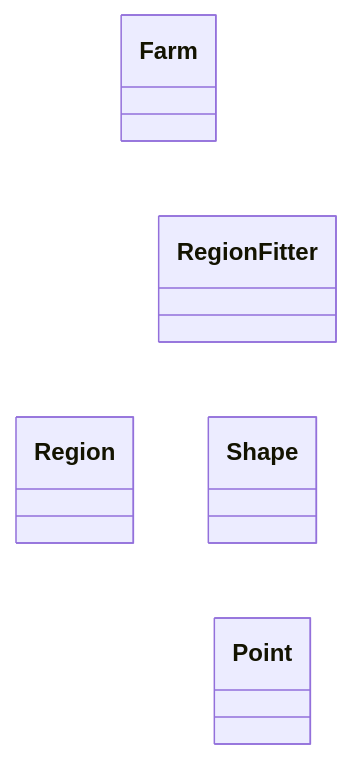
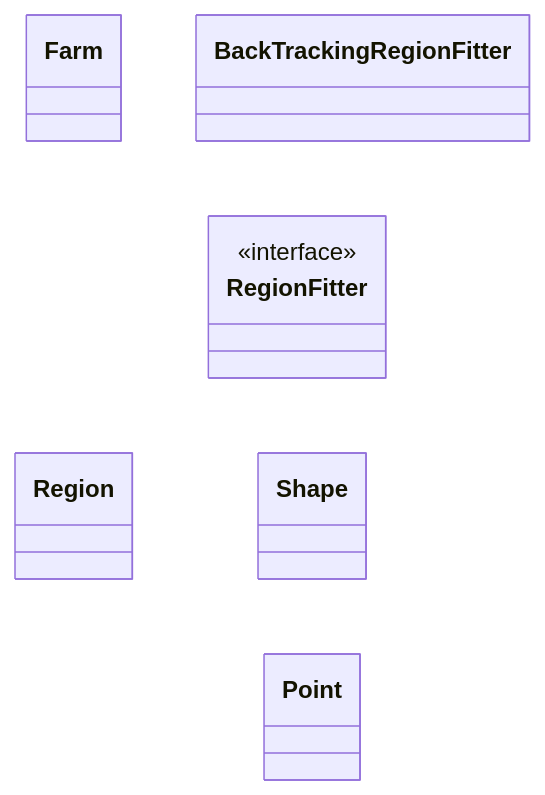
The diagram in UML diagrams/uml_day12.md (lauraheerrera/aoc2025), drawn with Mermaid before and after one commit. The commit also changed 8 other files, not shown here.

````diff
--- a/UML diagrams/uml_day12.md
+++ b/UML diagrams/uml_day12.md
@@ -3,26 +3,30 @@
 ```mermaid
 %%{init: { 'themeVariables': { 'lineColor': '#FFFFFF' } } }%%
 classDiagram
 
 class Farm {
 }
 
 class Region {
 }
 
 class Shape {
 }
 
 class Point {
 
 }
 
 class RegionFitter {
+    <<interface>>
 }
+
+class BackTrackingRegionFitter{}
 
 Farm --> Region
 Farm --> RegionFitter
+BackTrackingRegionFitter ..|> RegionFitter
 Shape --> Point
 RegionFitter ..> Shape
 RegionFitter ..> Region
 ```
````
